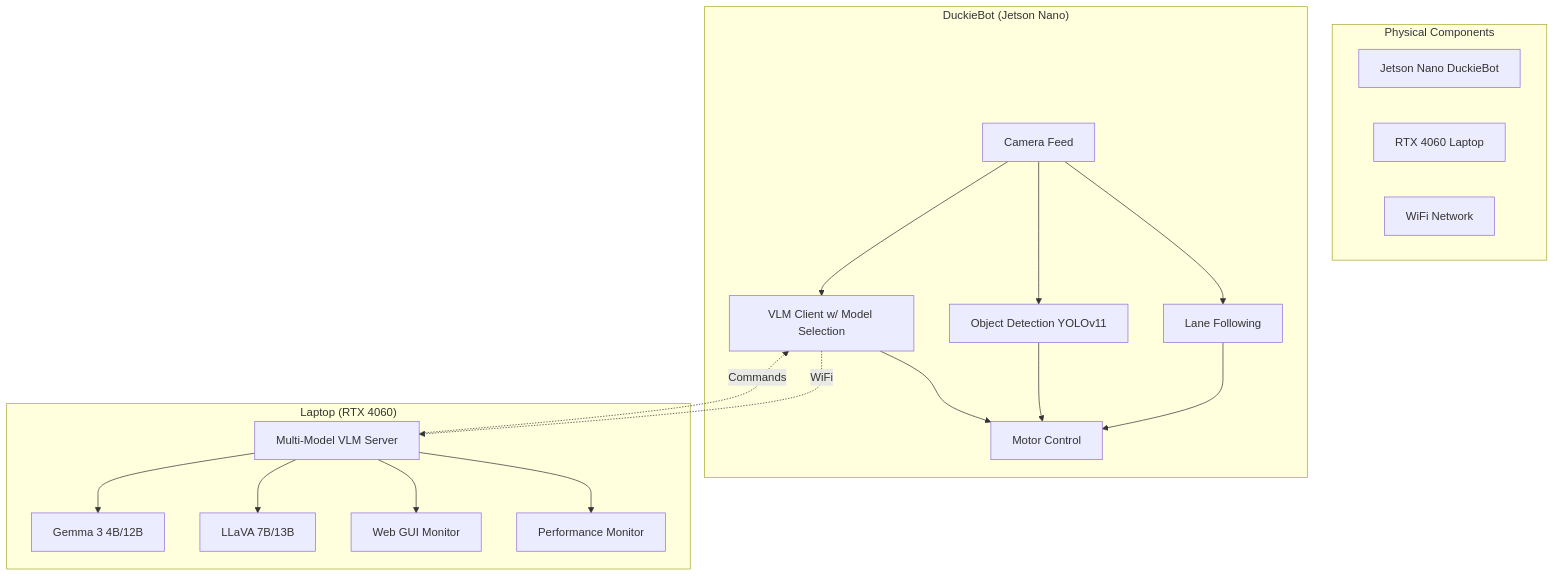
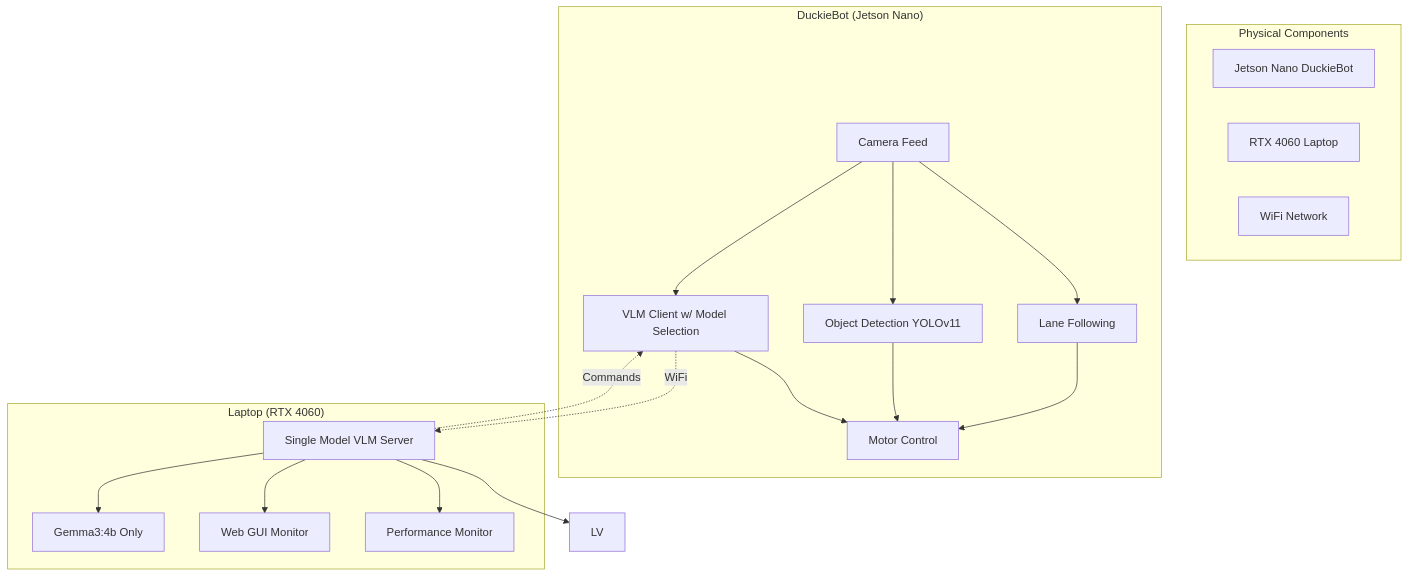
One commit to SupratikPatel/AutoDuck changed the diagram in README.md. Above: the diagram before and after it, drawn with Mermaid. The commit also changed other lines of this file, not shown here.

Commit message:
Stable AutoDuck VLM v1.0 with Integrated Dashboard - Clean 3-4s response time system with web monitoring ready for robot deployment optimization

````diff
--- a/README.md
+++ b/README.md
@@ -37,37 +37,36 @@
 ```mermaid
 graph TB
     subgraph "Physical Components"
         J[Jetson Nano DuckieBot]
         L[RTX 4060 Laptop]
         W[WiFi Network]
     end
     
     subgraph "DuckieBot (Jetson Nano)"
         C[Camera Feed]
         LF[Lane Following]
         OD[Object Detection YOLOv11]
         MC[Motor Control]
         VCC[VLM Client w/ Model Selection]
     end
     
     subgraph "Laptop (RTX 4060)"
-        VS[Multi-Model VLM Server]
-        G3[Gemma 3 4B/12B]
-        LV[LLaVA 7B/13B]
+        VS[Single Model VLM Server]
+            G3[Gemma3:4b Only]
         GUI[Web GUI Monitor]
         PERF[Performance Monitor]
     end
     
     C --> LF
     C --> OD
     C --> VCC
     LF --> MC
     OD --> MC
     VCC -.->|WiFi| VS
     VS --> G3
     VS --> LV
     VS --> GUI
     VS --> PERF
     VS -.->|Commands| VCC
     VCC --> MC
 ```
````
